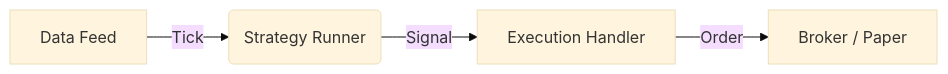
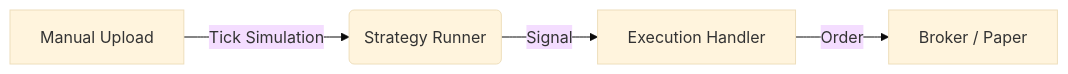
One commit to Praveens1234/QLM changed the second of 2 diagrams in TECHNICAL_BRIEF.md. Above: the diagram before and after it, drawn with Mermaid (base theme). The commit also changed other lines of this file and 5 other files, not shown here.

First line of the commit message:
Finalize QLM Audit: High-Performance Engine, Optimization, Live Bridge (Manual Data Only)

````diff
--- a/TECHNICAL_BRIEF.md
+++ b/TECHNICAL_BRIEF.md
@@ -59,6 +59,6 @@
 ```mermaid
 graph LR
-    A[Data Feed] -->|Tick| B(Strategy Runner)
+    A[Manual Upload] -->|Tick Simulation| B(Strategy Runner)
     B -->|Signal| C[Execution Handler]
     C -->|Order| D[Broker / Paper]
 ```
````
